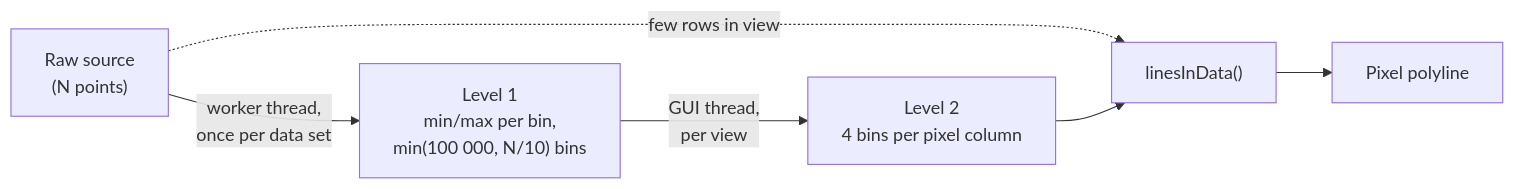
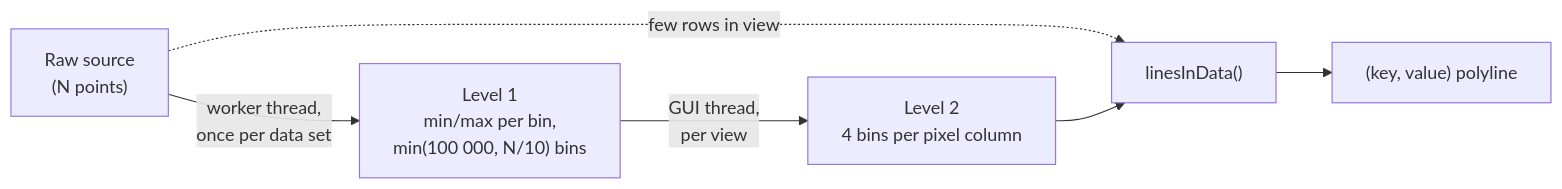
The second of 3 diagrams in docs/architecture/adaptive-sampling.md (SciQLop/NeoQCP), drawn with Mermaid before and after one commit. The commit also changed other lines of this file and 1 other file, not shown here.

First line of the commit message:
docs(architecture): adaptive sampling and gaps walk through linesInData

````diff
--- a/docs/architecture/adaptive-sampling.md
+++ b/docs/architecture/adaptive-sampling.md
@@ -102,8 +93,8 @@
 ```mermaid
 flowchart LR
     A["Raw source<br/>(N points)"] -->|"worker thread,<br/>once per data set"| B["Level 1<br/>min/max per bin,<br/>min(100 000, N/10) bins"]
     B -->|"GUI thread,<br/>per view"| C["Level 2<br/>4 bins per pixel column"]
     A -.->|"few rows in view"| D["linesInData()"]
     C --> D
-    D --> E["Pixel polyline"]
+    D --> E["(key, value) polyline"]
 ```
````
